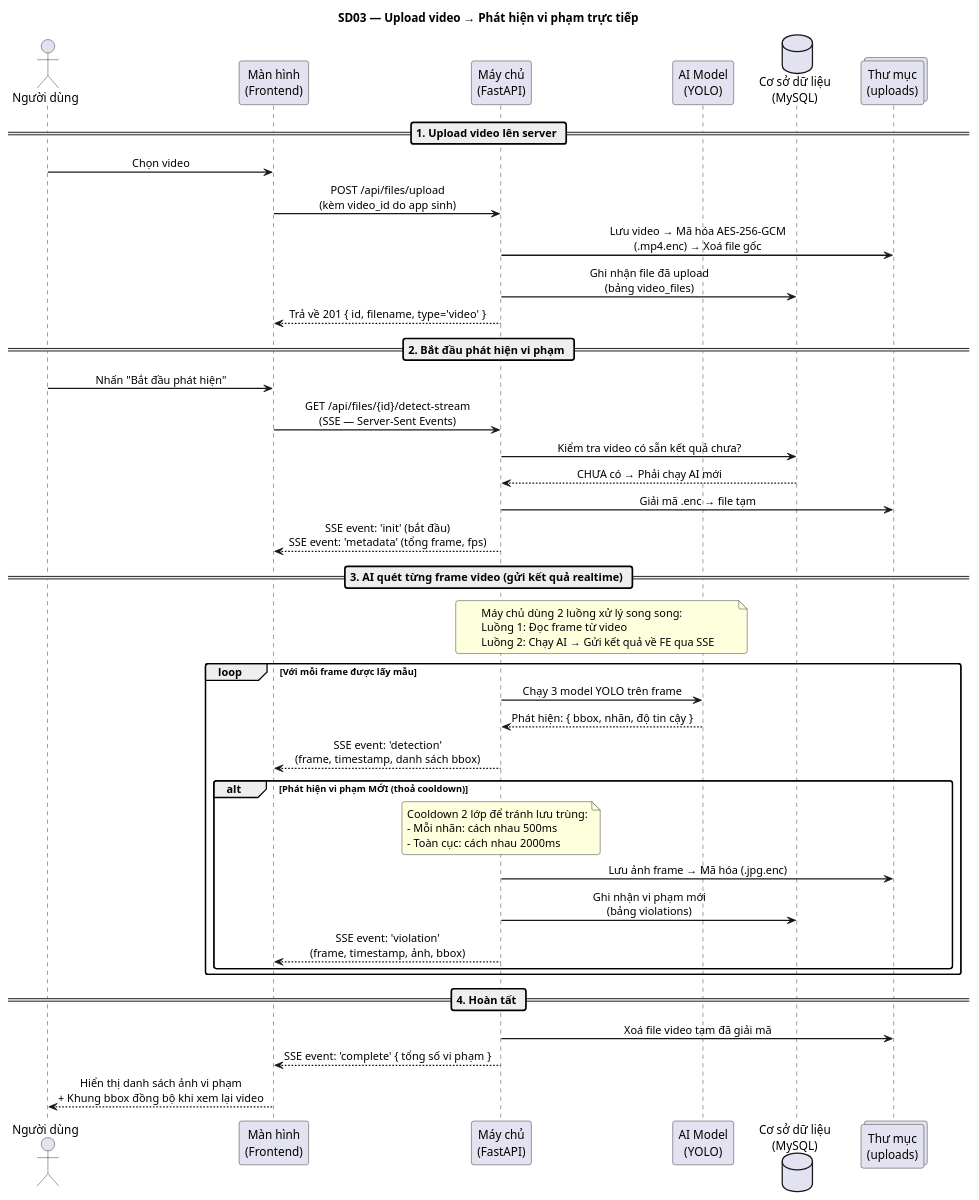
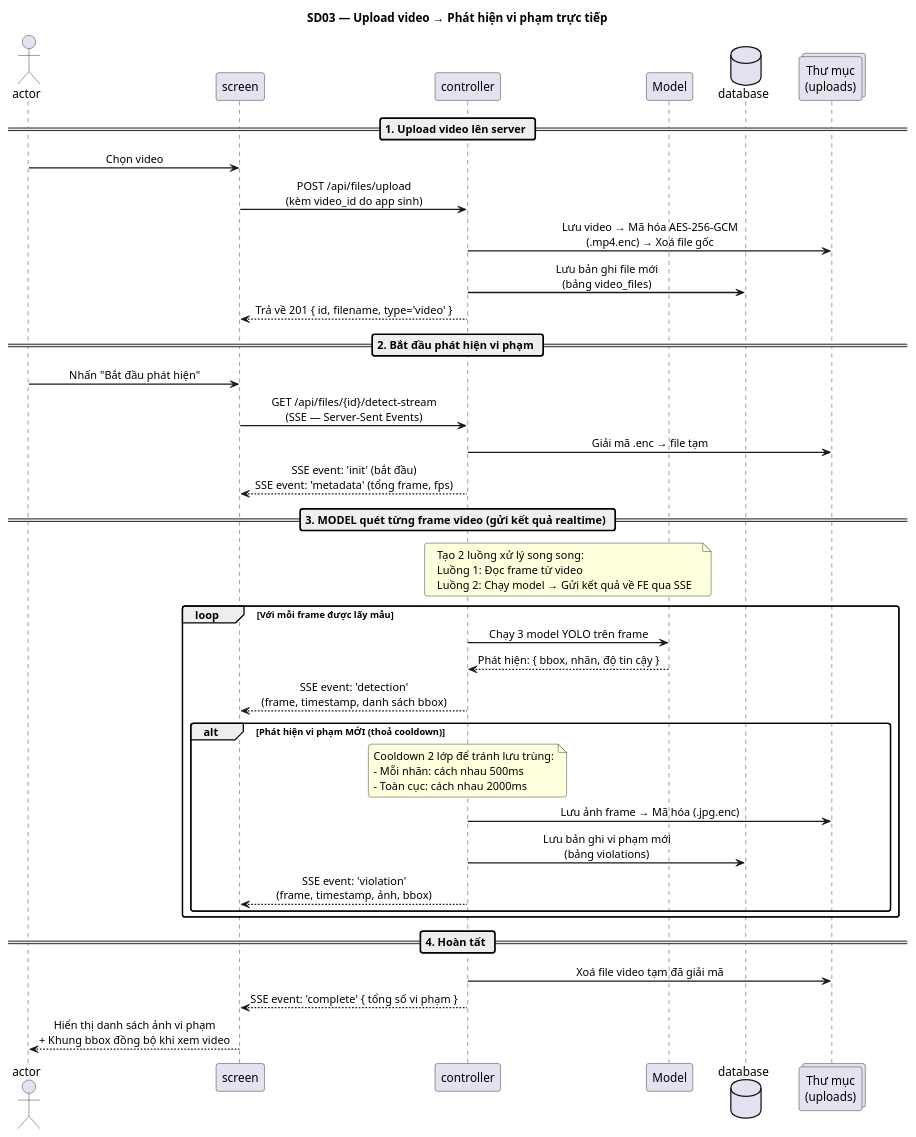
Before and after one commit to giangmichy/Do_an: the third of 6 diagrams in 3SOC_Sequence_Diagrams_QA.puml, drawn with PlantUML. The commit also changed other lines of this file and 8 other files, not shown here.

```diff
--- a/3SOC_Sequence_Diagrams_QA.puml
+++ b/3SOC_Sequence_Diagrams_QA.puml
@@ -105,71 +94,68 @@
 @startuml SD03_DetectVideo
 title SD03 — Upload video → Phát hiện vi phạm trực tiếp
 
 skinparam sequenceMessageAlign center
 skinparam ParticipantPadding 20
 skinparam BoxPadding 10
 skinparam sequenceArrowThickness 1.5
 skinparam roundcorner 6
 
-actor       "Người dùng" as User
-participant "Màn hình\n(Frontend)"  as FE
-participant "Máy chủ\n(FastAPI)"    as BE
-participant "AI Model\n(YOLO)"     as AI
-database    "Cơ sở dữ liệu\n(MySQL)" as DB
+actor       "actor" as User
+participant "screen"  as FE
+participant "controller"    as BE
+participant "Model"     as MODEL
+database    "database" as DB
 collections "Thư mục\n(uploads)"    as Disk
 
 ' ========== BƯỚC 1: UPLOAD ==========
 == 1. Upload video lên server ==
 
 User -> FE : Chọn video
 FE -> BE : POST /api/files/upload\n(kèm video_id do app sinh)
 BE -> Disk : Lưu video → Mã hóa AES-256-GCM\n(.mp4.enc) → Xoá file gốc
-BE -> DB : Ghi nhận file đã upload\n(bảng video_files)
+BE -> DB : Lưu bản ghi file mới\n(bảng video_files)
 BE --> FE : Trả về 201 { id, filename, type='video' }
 
 ' ========== BƯỚC 2: BẮT ĐẦU DETECT ==========
 == 2. Bắt đầu phát hiện vi phạm ==
 
 User -> FE : Nhấn "Bắt đầu phát hiện"
 FE -> BE : GET /api/files/{id}/detect-stream\n(SSE — Server-Sent Events)
-BE -> DB : Kiểm tra video có sẵn kết quả chưa?
-
-DB --> BE : CHƯA có → Phải chạy AI mới
 
 BE -> Disk : Giải mã .enc → file tạm
 BE --> FE : SSE event: 'init' (bắt đầu)\nSSE event: 'metadata' (tổng frame, fps)
 
-' ========== BƯỚC 3: AI QUÉT TỪNG FRAME ==========
-== 3. AI quét từng frame video (gửi kết quả realtime) ==
+' ========== BƯỚC 3: MODEL QUÉT TỪNG FRAME ==========
+== 3. MODEL quét từng frame video (gửi kết quả realtime) ==
 
-note over BE, AI
-  Máy chủ dùng 2 luồng xử lý song song:
+note over BE, MODEL
+  Tạo 2 luồng xử lý song song:
   Luồng 1: Đọc frame từ video
-  Luồng 2: Chạy AI → Gửi kết quả về FE qua SSE
+  Luồng 2: Chạy model → Gửi kết quả về FE qua SSE
 end note
 
 loop Với mỗi frame được lấy mẫu
-    BE -> AI : Chạy 3 model YOLO trên frame
-    AI --> BE : Phát hiện: { bbox, nhãn, độ tin cậy }
+    BE -> MODEL : Chạy 3 model YOLO trên frame
+    MODEL --> BE : Phát hiện: { bbox, nhãn, độ tin cậy }
     BE --> FE : SSE event: 'detection'\n(frame, timestamp, danh sách bbox)
 
     alt Phát hiện vi phạm MỚI (thoả cooldown)
         note over BE
           Cooldown 2 lớp để tránh lưu trùng:
           - Mỗi nhãn: cách nhau 500ms
           - Toàn cục: cách nhau 2000ms
         end note
         BE -> Disk : Lưu ảnh frame → Mã hóa (.jpg.enc)
-        BE -> DB : Ghi nhận vi phạm mới\n(bảng violations)
+        BE -> DB : Lưu bản ghi vi phạm mới\n(bảng violations)
         BE --> FE : SSE event: 'violation'\n(frame, timestamp, ảnh, bbox)
     end
 end
 
 ' ========== BƯỚC 4: HOÀN TẤT ==========
 == 4. Hoàn tất ==
 
 BE -> Disk : Xoá file video tạm đã giải mã
 BE --> FE : SSE event: 'complete' { tổng số vi phạm }
-FE --> User : Hiển thị danh sách ảnh vi phạm\n+ Khung bbox đồng bộ khi xem lại video
+FE --> User : Hiển thị danh sách ảnh vi phạm\n+ Khung bbox đồng bộ khi xem video
 
 @enduml
```
